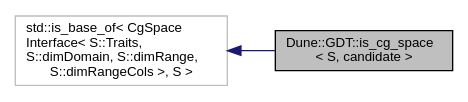
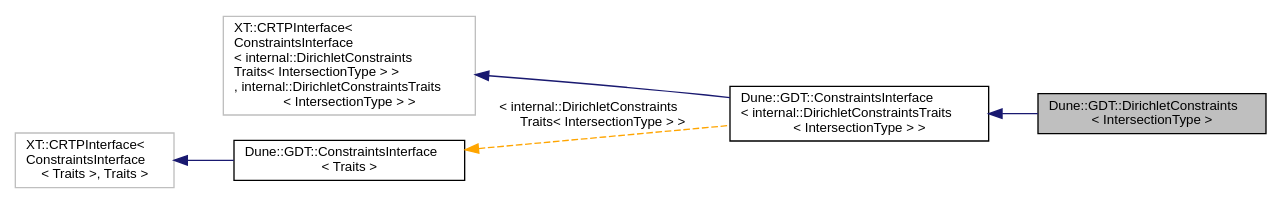
One commit to dune-community/dune-community.github.io changed the diagram in docs/dune-gdt/master/a00846.dot. Above: the diagram before and after it, drawn with Graphviz. The commit also changed 2969 other files, not shown here.

Commit message:
Updated documentation for dune-gdt master

```diff
--- a/docs/dune-gdt/master/a00846.dot
+++ b/docs/dune-gdt/master/a00846.dot
@@ -1,9 +1,15 @@
-digraph "Dune::GDT::is_cg_space&lt; S, candidate &gt;"
+digraph "Dune::GDT::DirichletConstraints&lt; IntersectionType &gt;"
 {
   edge [fontname="Helvetica",fontsize="10",labelfontname="Helvetica",labelfontsize="10"];
   node [fontname="Helvetica",fontsize="10",shape=record];
   rankdir="LR";
-  Node1 [label="Dune::GDT::is_cg_space\l\< S, candidate \>",height=0.2,width=0.4,color="black", fillcolor="grey75", style="filled", fontcolor="black"];
+  Node1 [label="Dune::GDT::DirichletConstraints\l\< IntersectionType \>",height=0.2,width=0.4,color="black", fillcolor="grey75", style="filled", fontcolor="black"];
   Node2 -> Node1 [dir="back",color="midnightblue",fontsize="10",style="solid",fontname="Helvetica"];
-  Node2 [label="std::is_base_of\< CgSpace\lInterface\< S::Traits,\l S::dimDomain, S::dimRange,\l S::dimRangeCols \>, S \>",height=0.2,width=0.4,color="grey75", fillcolor="white", style="filled"];
+  Node2 [label="Dune::GDT::ConstraintsInterface\l\< internal::DirichletConstraintsTraits\l\< IntersectionType \> \>",height=0.2,width=0.4,color="black", fillcolor="white", style="filled",URL="$a00074.html"];
+  Node3 -> Node2 [dir="back",color="midnightblue",fontsize="10",style="solid",fontname="Helvetica"];
+  Node3 [label="XT::CRTPInterface\<\l ConstraintsInterface\l\< internal::DirichletConstraints\lTraits\< IntersectionType \> \>\l, internal::DirichletConstraintsTraits\l\< IntersectionType \> \>",height=0.2,width=0.4,color="grey75", fillcolor="white", style="filled"];
+  Node4 -> Node2 [dir="back",color="orange",fontsize="10",style="dashed",label=" \< internal::DirichletConstraints\lTraits\< IntersectionType \> \>" ,fontname="Helvetica"];
+  Node4 [label="Dune::GDT::ConstraintsInterface\l\< Traits \>",height=0.2,width=0.4,color="black", fillcolor="white", style="filled",URL="$a00074.html",tooltip="CRTP interface for all implementations of constraints. "];
+  Node5 -> Node4 [dir="back",color="midnightblue",fontsize="10",style="solid",fontname="Helvetica"];
+  Node5 [label="XT::CRTPInterface\<\l ConstraintsInterface\l\< Traits \>, Traits \>",height=0.2,width=0.4,color="grey75", fillcolor="white", style="filled"];
 }
```
